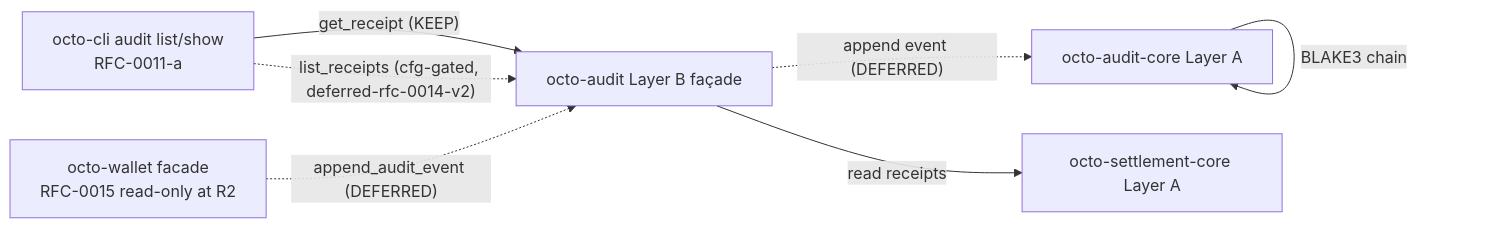
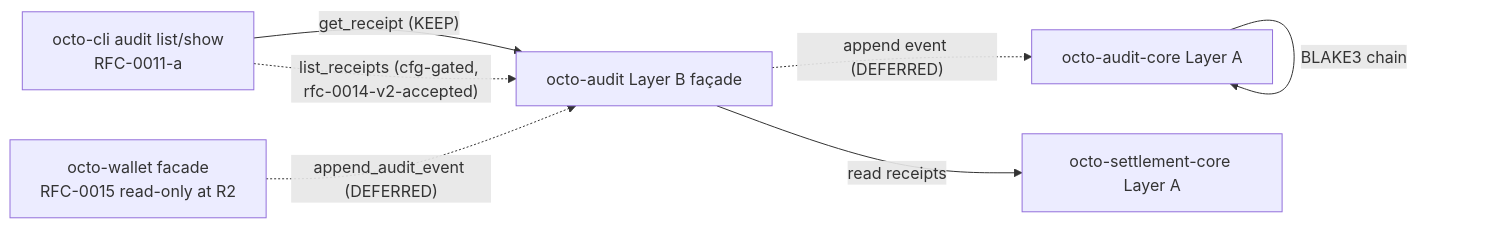
One commit to CipherOcto/cipherocto changed the first of 2 diagrams in rfcs/draft/process/0016-audit-receipt-api.md. Above: the diagram before and after it, drawn with Mermaid. The commit also changed other lines of this file and 1 other file, not shown here.

````diff
--- a/rfcs/draft/process/0016-audit-receipt-api.md
+++ b/rfcs/draft/process/0016-audit-receipt-api.md
@@ -111,15 +111,15 @@
 ```mermaid
 graph LR
   AuditCLI[octo-cli audit list/show<br>RFC-0011-a]
   Wallet[octo-wallet facade<br>RFC-0015 read-only at R2]
   Audit[octo-audit Layer B façade]
   AuditCore[octo-audit-core Layer A]
   Settle[octo-settlement-core Layer A]
 
   AuditCLI -- "get_receipt (KEEP)" --> Audit
-  AuditCLI -. "list_receipts (cfg-gated, deferred-rfc-0014-v2)" .-> Audit
+  AuditCLI -. "list_receipts (cfg-gated, rfc-0014-v2-accepted)" .-> Audit
   Wallet -. "append_audit_event (DEFERRED)" .-> Audit
   Audit -. "append event (DEFERRED)" .-> AuditCore
   Audit -- "read receipts" --> Settle
   AuditCore -- "BLAKE3 chain" --> AuditCore
 ```
````
